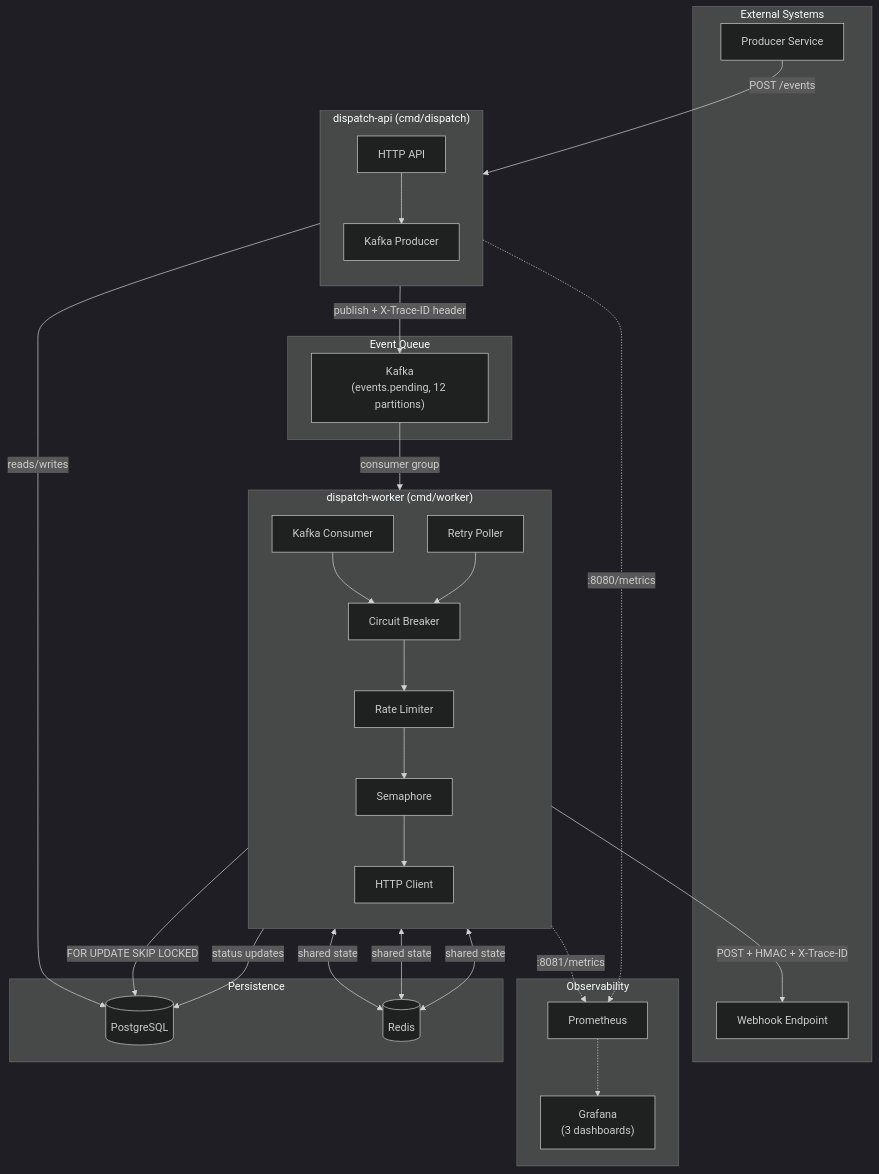
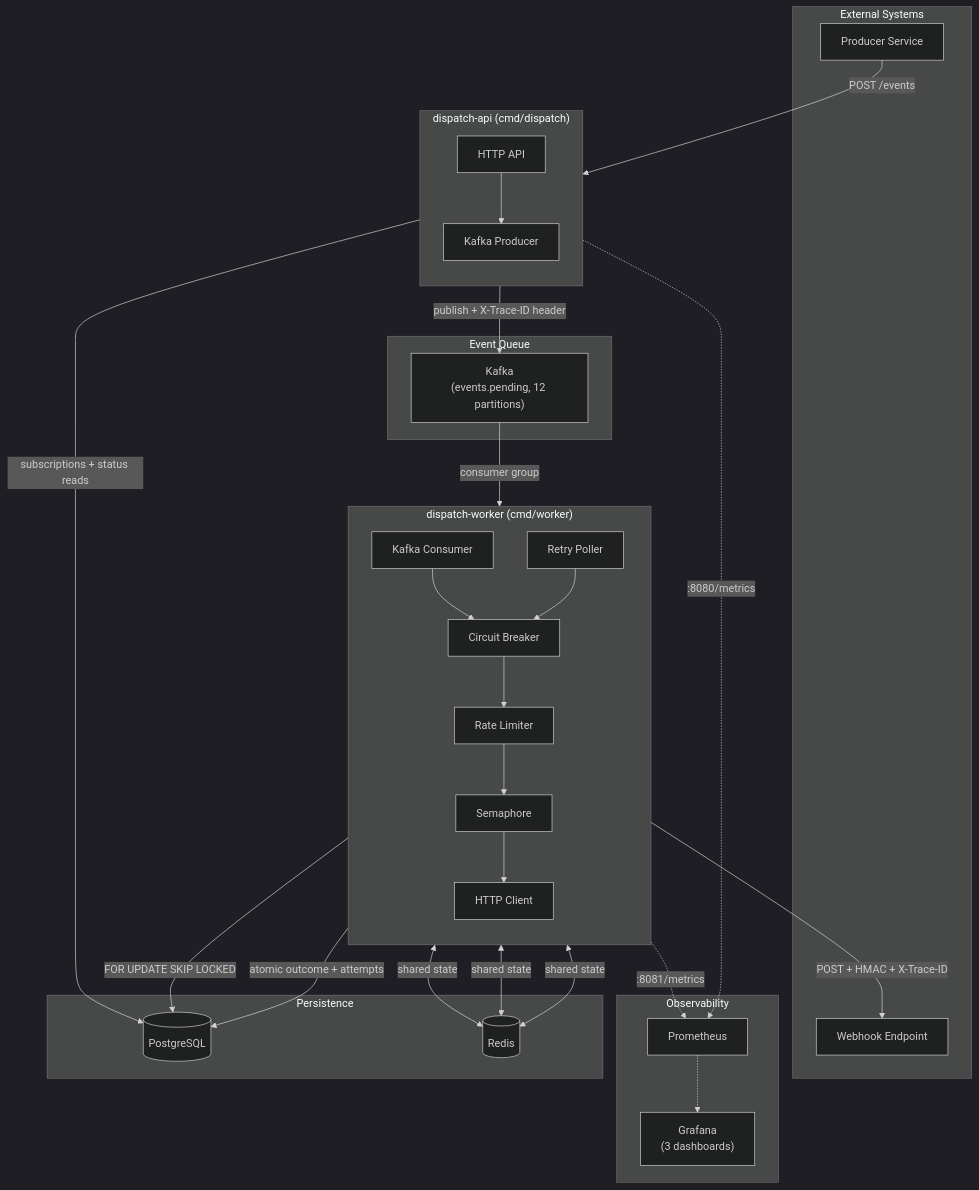
The first of 13 diagrams in docs/architecture.md (felipepmaragno/webhook-service), drawn with Mermaid (dark theme) before and after one commit. The commit also changed other lines of this file and 12 other files, not shown here.

````diff
--- a/docs/architecture.md
+++ b/docs/architecture.md
@@ -7,58 +7,58 @@
 ```mermaid
 flowchart TB
     subgraph External["External Systems"]
         Producer["Producer Service"]
         Consumer["Webhook Endpoint"]
     end
 
     subgraph API["dispatch-api (cmd/dispatch)"]
         direction TB
         HTTPHandler["HTTP API"]
         KafkaProducer["Kafka Producer"]
     end
 
     subgraph Queue["Event Queue"]
         Kafka["Kafka<br/>(events.pending, 12 partitions)"]
     end
 
     subgraph Worker["dispatch-worker (cmd/worker)"]
         direction TB
         KafkaConsumer["Kafka Consumer"]
         RetryPoller["Retry Poller"]
         CB["Circuit Breaker"]
         RL["Rate Limiter"]
         Sem["Semaphore"]
         Delivery["HTTP Client"]
     end
 
     subgraph Storage["Persistence"]
         DB[(PostgreSQL)]
         Redis[(Redis)]
     end
 
     subgraph Observability["Observability"]
         Prom["Prometheus"]
         Grafana["Grafana<br/>(3 dashboards)"]
     end
 
     Producer -->|"POST /events"| HTTPHandler
-    HTTPHandler -->|"reads/writes"| DB
+    HTTPHandler -->|"subscriptions + status reads"| DB
     HTTPHandler --> KafkaProducer
     KafkaProducer -->|"publish + X-Trace-ID header"| Kafka
     Kafka -->|"consumer group"| KafkaConsumer
     RetryPoller -->|"FOR UPDATE SKIP LOCKED"| DB
     KafkaConsumer --> CB
     RetryPoller --> CB
     CB --> RL
     RL --> Sem
     Sem --> Delivery
     Delivery -->|"POST + HMAC + X-Trace-ID"| Consumer
-    Delivery -->|"status updates"| DB
+    Delivery -->|"atomic outcome + attempts"| DB
     CB <-->|"shared state"| Redis
     RL <-->|"shared state"| Redis
     Sem <-->|"shared state"| Redis
 
     API -.->|":8080/metrics"| Prom
     Worker -.->|":8081/metrics"| Prom
     Prom -.-> Grafana
 ```
````
